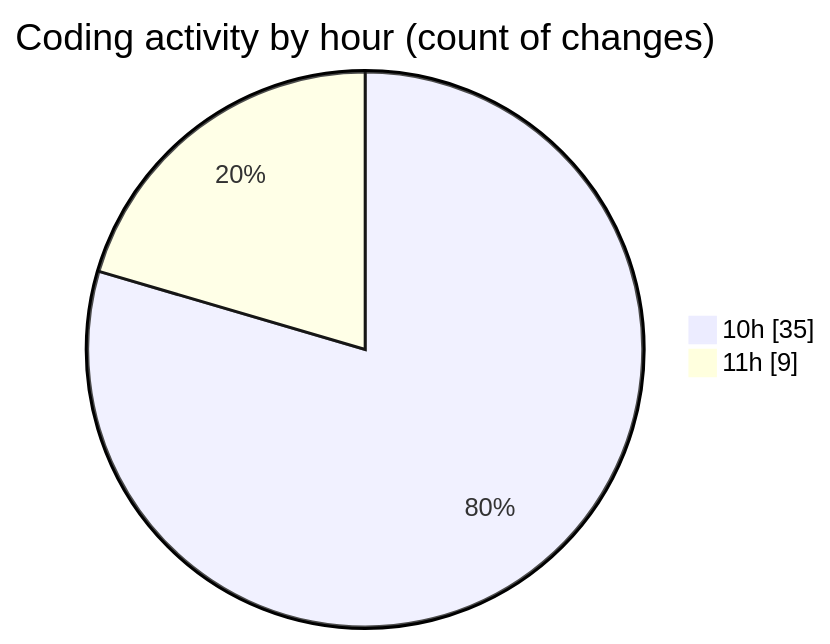
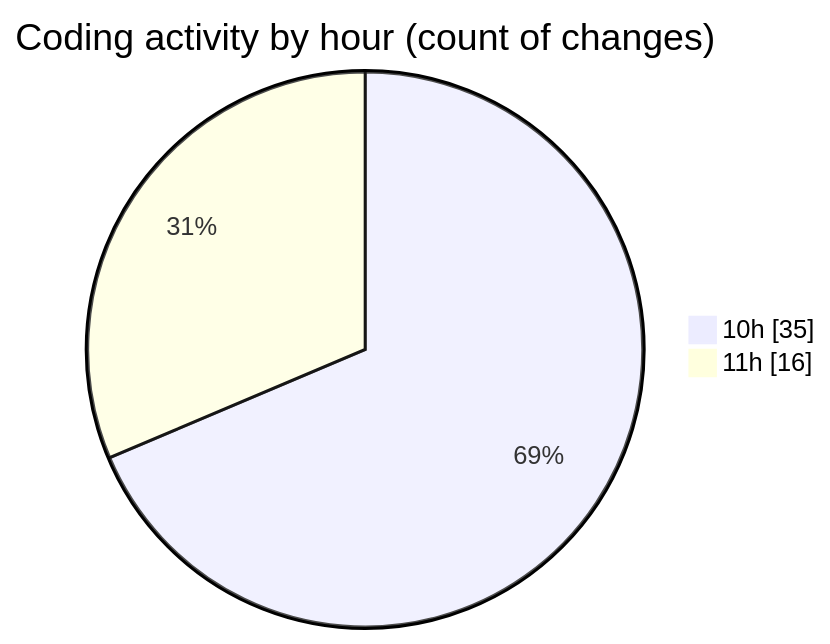
Before and after one commit to momahboobian/code-tracking: the second of 2 diagrams in 2025-03-28/cda/README.md, drawn with Mermaid. The commit also changed other lines of this file and 1 other file, not shown here.

````diff
--- a/2025-03-28/cda/README.md
+++ b/2025-03-28/cda/README.md
@@ -32,6 +32,6 @@
 ```mermaid
 pie showData
 title Coding activity by hour (count of changes)
 "10h" : 35
-"11h" : 9
+"11h" : 16
 ```
````
